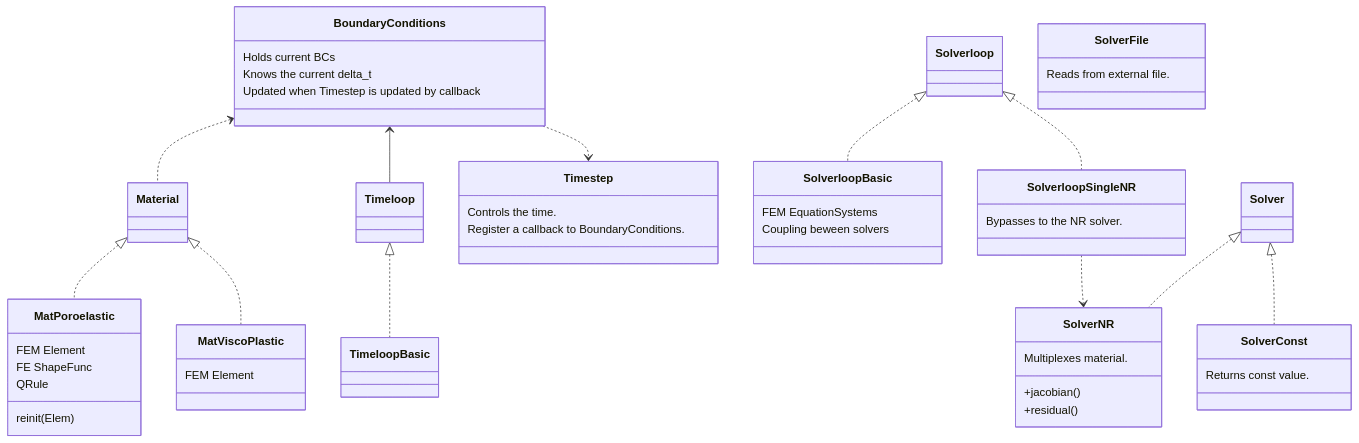
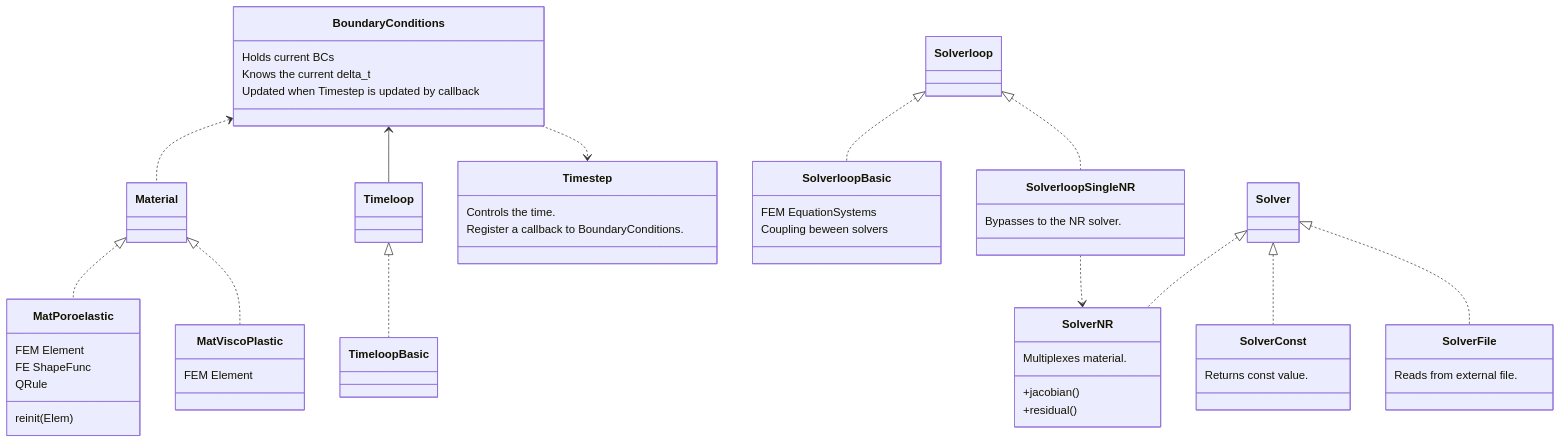
Before and after one commit to rebpoli/harpy: the second of 2 diagrams in doc/Description.md, drawn with Mermaid.

````diff
--- a/doc/Description.md
+++ b/doc/Description.md
@@ -76,69 +76,71 @@
 ```mermaid
 classDiagram
     BoundaryConditions <.. Material
     BoundaryConditions <-- Timeloop
 
     Solverloop <|.. SolverloopBasic
 
 
     class Timestep {
         Controls the time.
         Register a callback to BoundaryConditions.
     }
     class BoundaryConditions { 
         Holds current BCs
         Knows the current delta_t
         Updated when Timestep is updated by callback
     }
     BoundaryConditions ..> Timestep
 
 %% Implementations
     class SolverloopBasic {
         FEM EquationSystems
         Coupling beween solvers
     }
 
     class MatViscoPlastic { FEM Element }
 
     class MatPoroelastic {
         FEM Element 
         FE ShapeFunc
         QRule
         reinit(Elem)
     }
 
     class SolverloopSingleNR { Bypasses to the NR solver. } 
 
     class SolverConst { Returns const value.  }
     class SolverFile { Reads from external file. }
     class SolverNR { 
         Multiplexes material.
         
         +jacobian()
         +residual()
         }
 
 %% Dependencies
 
     SolverloopSingleNR ..> SolverNR
 
 %% Interfaces << implementations
     Timeloop <|.. TimeloopBasic
     Material <|.. MatPoroelastic
     Material <|.. MatViscoPlastic
     Solverloop <|.. SolverloopSingleNR
+
     Solver <|.. SolverNR
     Solver <|.. SolverConst
+    Solver <|.. SolverFile
 
 
 %%
 %% classA <|-- classB    // Inheritance (B inherits from A)
 %% classA <|.. classB    // Implementation (B implements A)
 %% classA *-- classB     // Composition (B is part of A)
 %% classA o-- classB     // Aggregation (B is used by A)
 %% classA --> classB     // Association (A references B)
 %% classA ..> classB     // Dependency (A depends on B)
 %% classA ..|> classB    // Realization (B realizes A)
 %% classA <--> classB    // Bidirectional association
 
 ```
````
